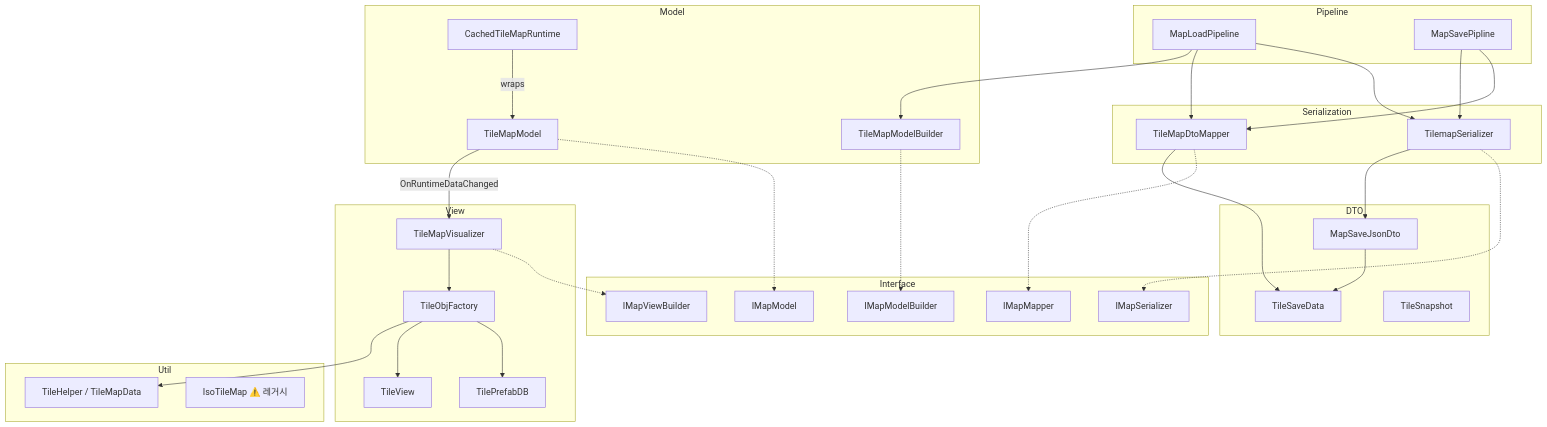
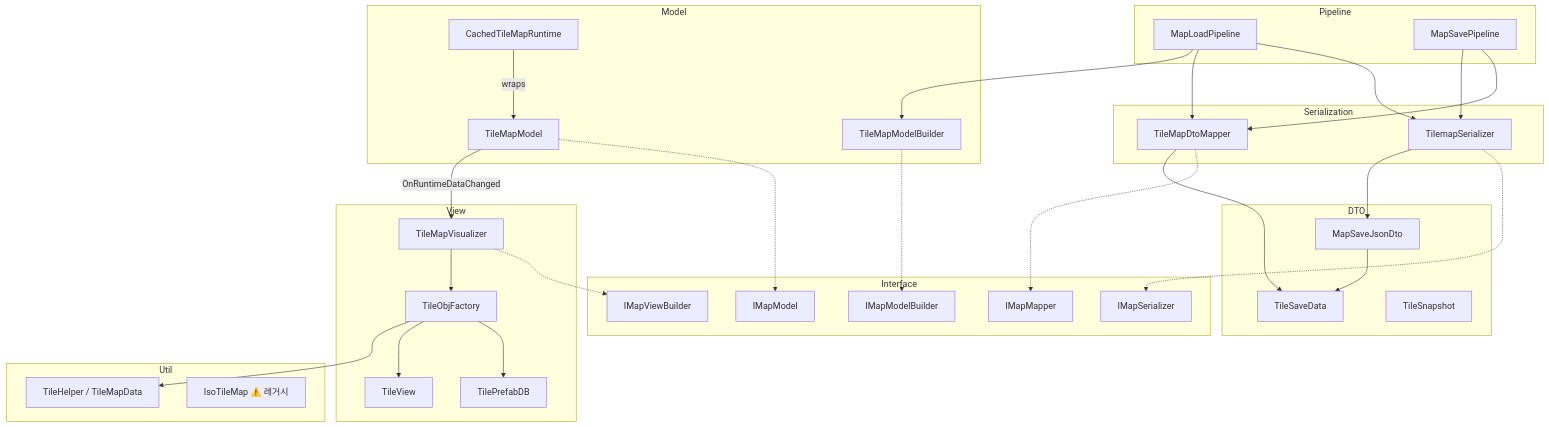
Before and after one commit to garunnir/Project_Pictureless: the first of 2 diagrams in Assets/Dist/Scripts/Map/TileMap/TILEMAP.md, drawn with Mermaid. The commit also changed other lines of this file and 15 other files, not shown here.

````diff
--- a/Assets/Dist/Scripts/Map/TileMap/TILEMAP.md
+++ b/Assets/Dist/Scripts/Map/TileMap/TILEMAP.md
@@ -53,64 +53,64 @@
 ```mermaid
 graph TD
     subgraph Interface
         IModel[IMapModel]
         IView[IMapViewBuilder]
         ISerial[IMapSerializer]
         IMap[IMapMapper]
         IBuilder[IMapModelBuilder]
     end
 
     subgraph DTO
         JsonDto[MapSaveJsonDto]
         TileSave[TileSaveData]
         Snapshot[TileSnapshot]
         JsonDto --> TileSave
     end
 
     subgraph Model
         TileModel[TileMapModel]
         Builder[TileMapModelBuilder]
         Cached[CachedTileMapRuntime]
         TileModel -.-> IModel
         Builder -.-> IBuilder
         Cached -->|wraps| TileModel
     end
 
     subgraph Serialization
         Serializer[TilemapSerializer]
         Mapper[TileMapDtoMapper]
         Serializer -.-> ISerial
         Mapper -.-> IMap
         Serializer --> JsonDto
         Mapper --> TileSave
     end
 
     subgraph Pipeline
         LoadPipe[MapLoadPipeline]
-        SavePipe[MapSavePipline]
+        SavePipe[MapSavePipeline]
         LoadPipe --> Serializer
         LoadPipe --> Mapper
         LoadPipe --> Builder
         SavePipe --> Mapper
         SavePipe --> Serializer
     end
 
     subgraph View
         Visualizer[TileMapVisualizer]
         Factory[TileObjFactory]
         PrefabDB[TilePrefabDB]
         TileView[TileView]
         Visualizer -.-> IView
         Visualizer --> Factory
         Factory --> PrefabDB
         Factory --> TileView
     end
 
     subgraph Util
         TileHelper[TileHelper / TileMapData]
         IsoTileMap[IsoTileMap ⚠️ 레거시]
     end
 
     TileModel -- "OnRuntimeDataChanged" --> Visualizer
     Factory --> TileHelper
 ```
````
